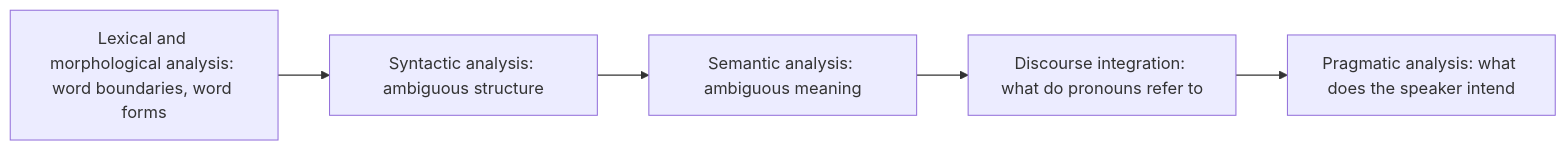
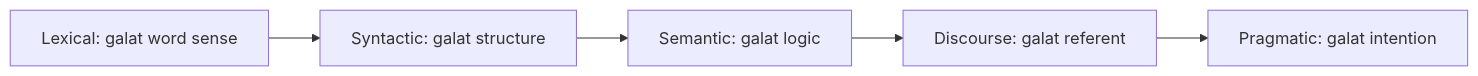
One commit to TrendySloth1001/sem-seven-notes changed the diagram in content/natural-language-processing/pyq/2023-12-ce/q2b.hi.mdx. Above: the diagram before and after it, drawn with Mermaid. The commit also changed other lines of this file and 406 other files, not shown here.

````diff
--- a/content/natural-language-processing/pyq/2023-12-ce/q2b.hi.mdx
+++ b/content/natural-language-processing/pyq/2023-12-ce/q2b.hi.mdx
@@ -7,8 +9,8 @@
 ```mermaid
-%% caption: NLP ke stages order mein, har ek ki main challenge ke saath.
+%% caption: Shuru ke stage ki galat choice har agle stage mein chali jaati hai, isliye ambiguity paancho stages par challenge hai.
 flowchart LR
-  A["Lexical and morphological analysis: word boundaries, word forms"] --> B["Syntactic analysis: ambiguous structure"]
-  B --> C["Semantic analysis: ambiguous meaning"]
-  C --> D["Discourse integration: what do pronouns refer to"]
-  D --> E["Pragmatic analysis: what does the speaker intend"]
+  A["Lexical: galat word sense"] --> B["Syntactic: galat structure"]
+  B --> C["Semantic: galat logic"]
+  C --> D["Discourse: galat referent"]
+  D --> E["Pragmatic: galat intention"]
 ```
````
